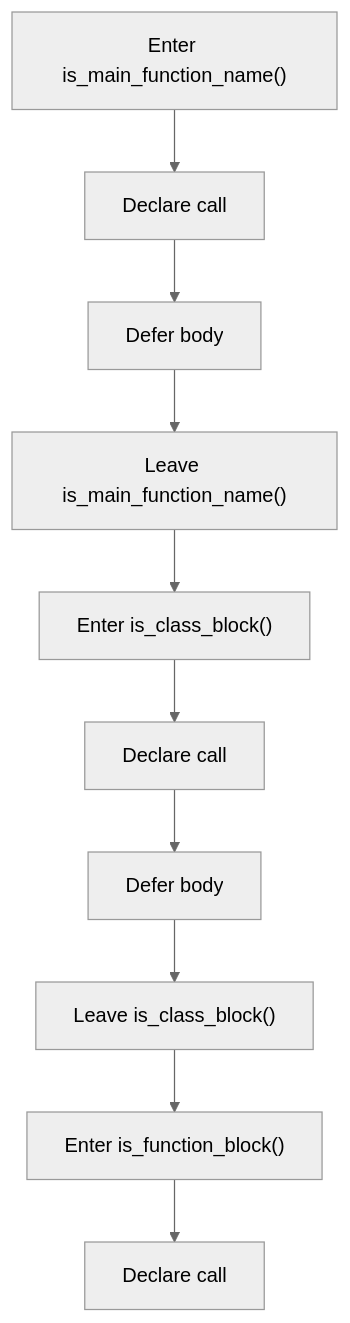
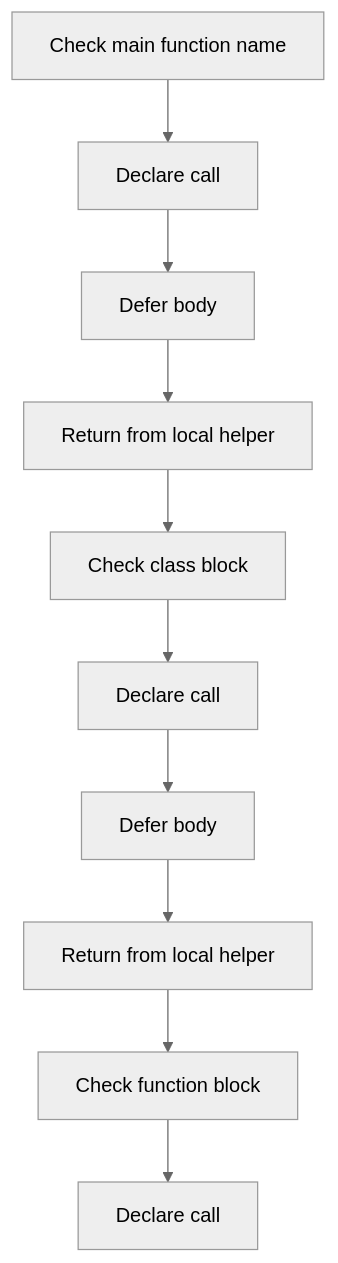
One commit to JohnAndrewBalbarosa/NeoTerritory changed the fourth of 6 diagrams in docs/Codebase/Microservice/Modules/Header/SyntacticBrokenAST/Analysis/ImplementationUse/Resolution/Symbols/Internal/Flow/parse_tree_symbols_internal_program_flow.hpp.md. Above: the diagram before and after it, drawn with Mermaid (neutral theme). The commit also changed other lines of this file and 915 other files, not shown here.

````diff
--- a/docs/Codebase/Microservice/Modules/Header/SyntacticBrokenAST/Analysis/ImplementationUse/Resolution/Symbols/Internal/Flow/parse_tree_symbols_internal_program_flow.hpp.md
+++ b/docs/Codebase/Microservice/Modules/Header/SyntacticBrokenAST/Analysis/ImplementationUse/Resolution/Symbols/Internal/Flow/parse_tree_symbols_internal_program_flow.hpp.md
@@ -93,22 +93,22 @@
 ```mermaid
 flowchart TD
-    N0["Enter is_main_function_name()"]
+    N0["Check main function name"]
     N1["Declare call"]
     N2["Defer body"]
-    N3["Leave is_main_function_name()"]
-    N4["Enter is_class_block()"]
+    N3["Return from local helper"]
+    N4["Check class block"]
     N5["Declare call"]
     N6["Defer body"]
-    N7["Leave is_class_block()"]
-    N8["Enter is_function_block()"]
+    N7["Return from local helper"]
+    N8["Check function block"]
     N9["Declare call"]
     N0 --> N1
     N1 --> N2
     N2 --> N3
     N3 --> N4
     N4 --> N5
     N5 --> N6
     N6 --> N7
     N7 --> N8
     N8 --> N9
 ```
````
